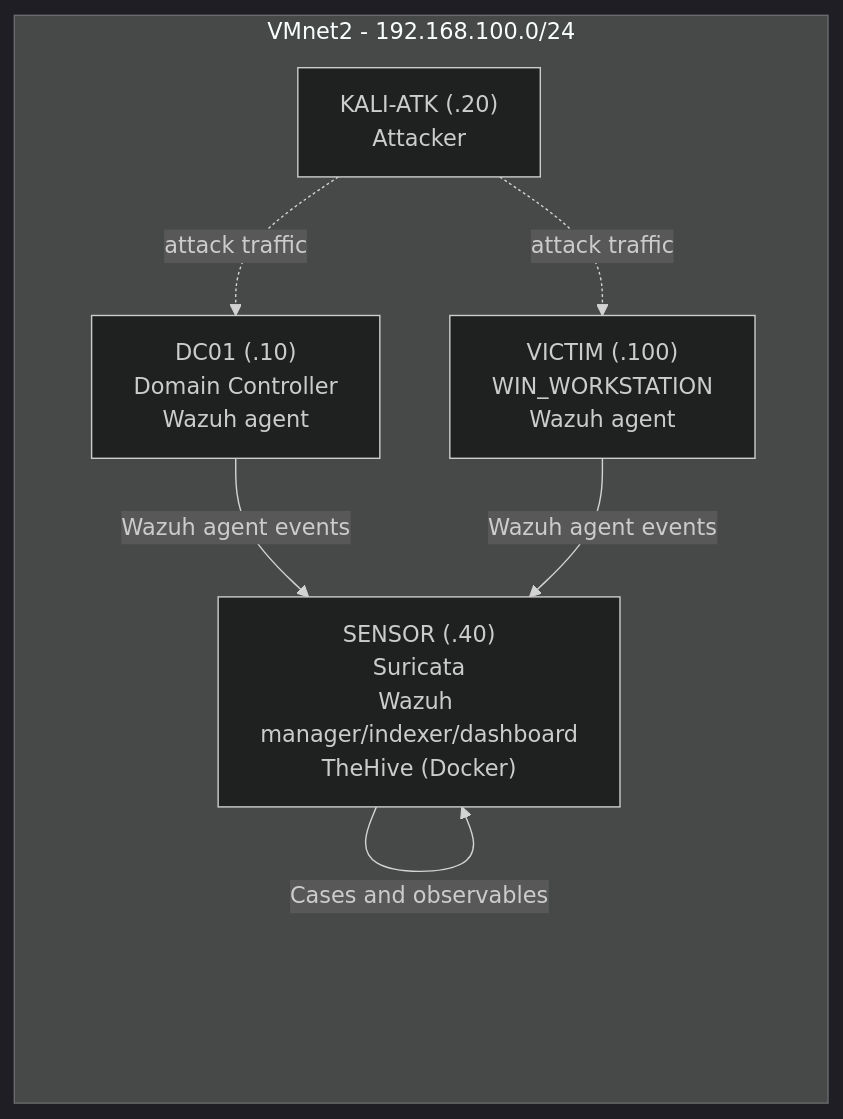
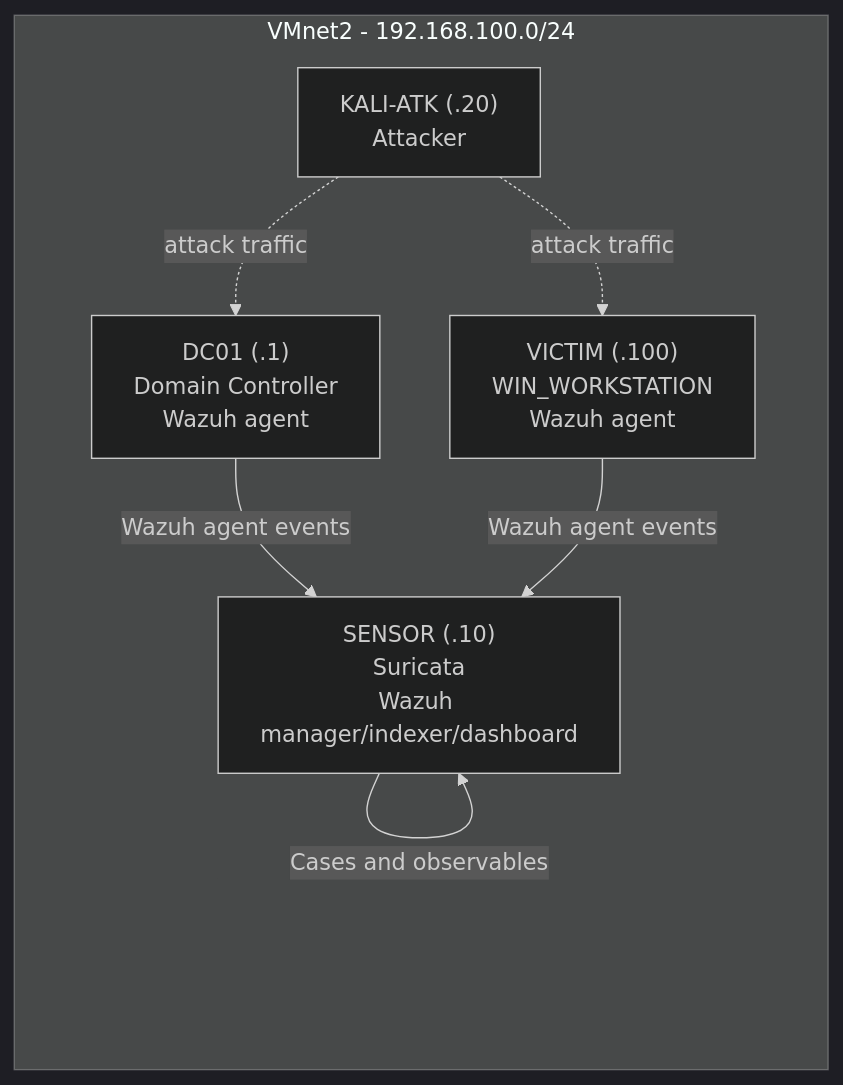
One commit to LazurNiko/Sandbox_SecurityLab_1 changed the diagram in block3-ir-forensics/README.md. Above: the diagram before and after it, drawn with Mermaid (dark theme). The commit also changed other lines of this file and 101 other files, not shown here.

````diff
--- a/block3-ir-forensics/README.md
+++ b/block3-ir-forensics/README.md
@@ -10,28 +10,28 @@
 ```mermaid
 flowchart LR
 
     subgraph VMnet2["VMnet2 - 192.168.100.0/24"]
 
-        DC01["DC01 (.10)<br/>Domain Controller<br/>Wazuh agent"]
+        DC01["DC01 (.1)<br/>Domain Controller<br/>Wazuh agent"]
 
         VICTIM["VICTIM (.100)<br/>WIN_WORKSTATION<br/>Wazuh agent"]
 
         KALI["KALI-ATK (.20)<br/>Attacker"]
 
-        SENSOR["SENSOR (.40)<br/>Suricata<br/>Wazuh manager/indexer/dashboard<br/>TheHive (Docker)"]
+        SENSOR["SENSOR (.10)<br/>Suricata<br/>Wazuh manager/indexer/dashboard<br/"]
 
     end
 
     KALI -.attack traffic.-> DC01
 
     KALI -.attack traffic.-> VICTIM
 
     DC01 -->|Wazuh agent events| SENSOR
 
     VICTIM -->|Wazuh agent events| SENSOR
 
     SENSOR -->|Suricata network alerts| SENSOR
 
     SENSOR -->|Cases and observables| SENSOR
 
 ```
````
